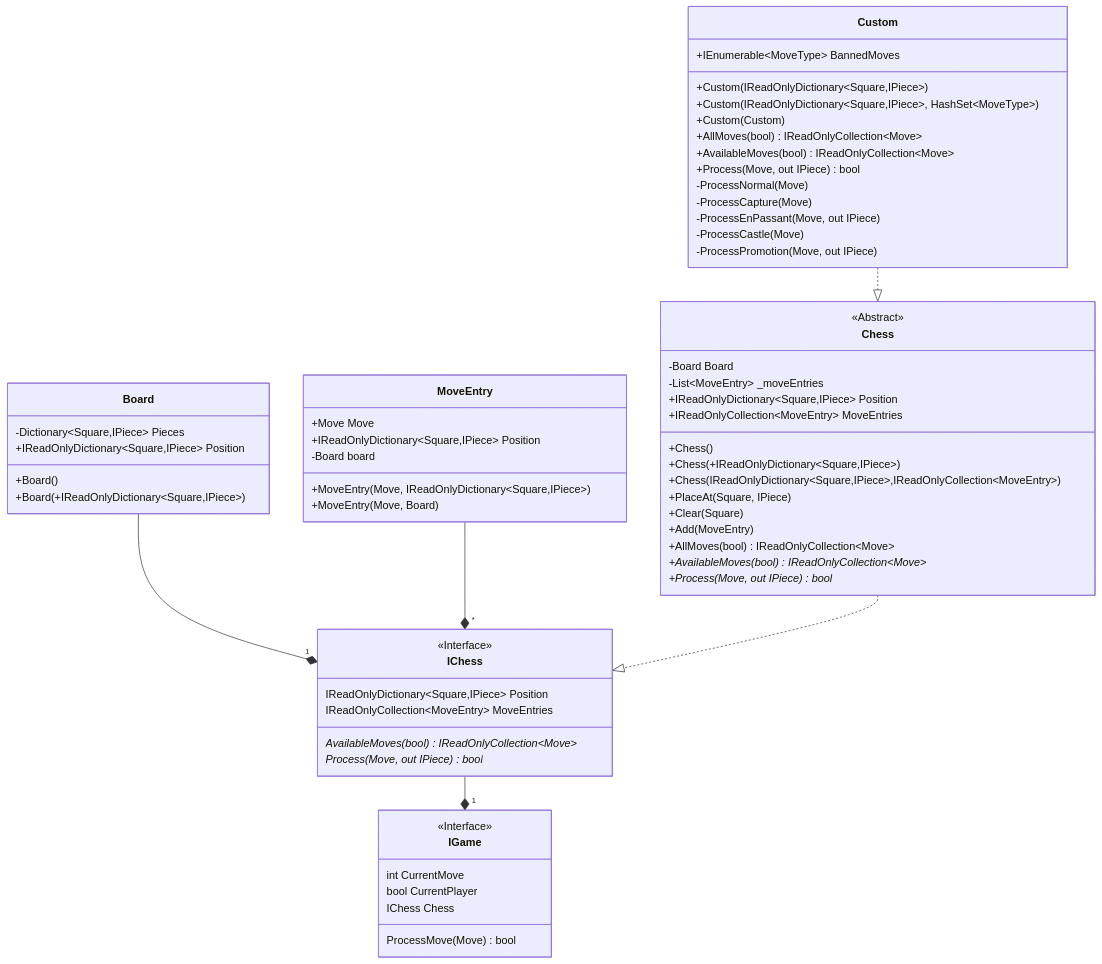
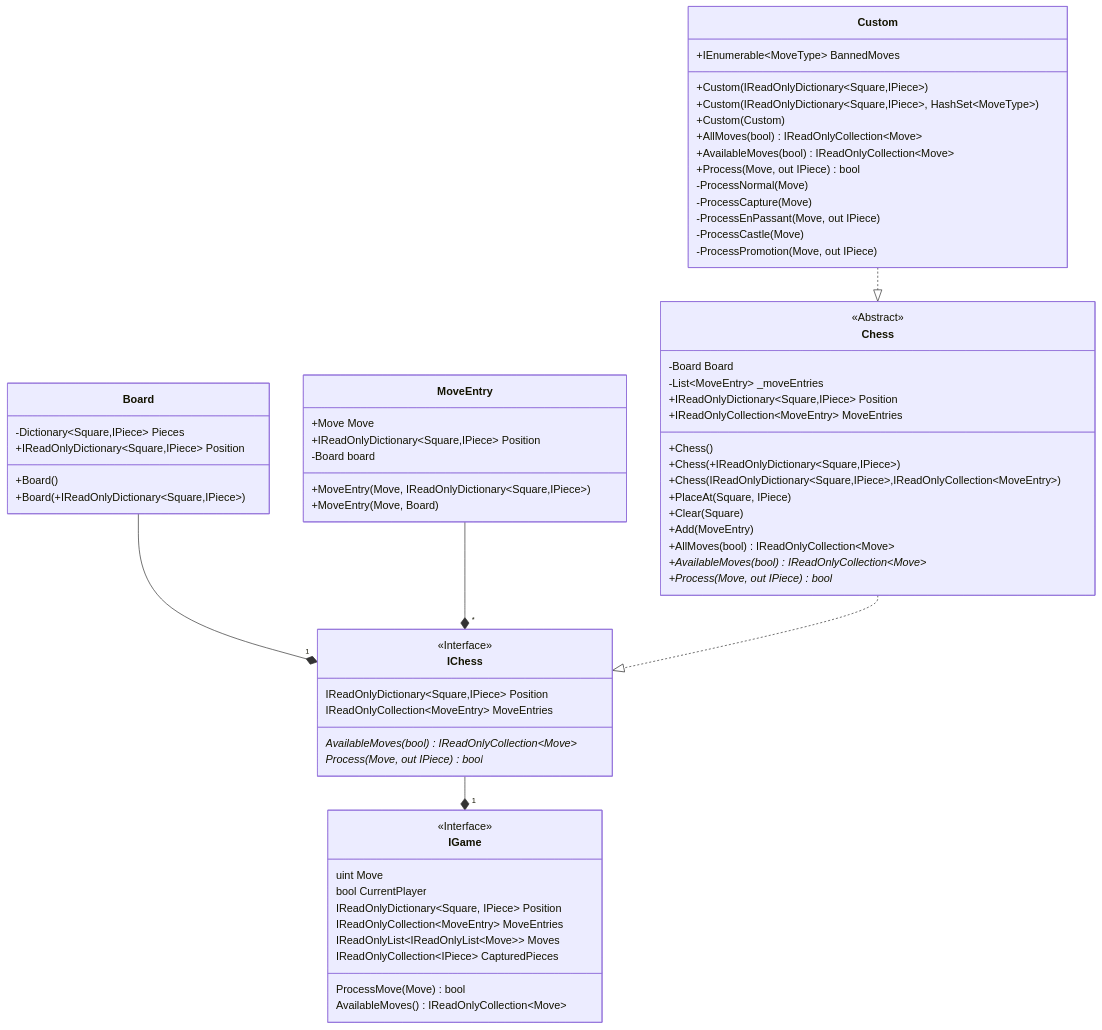
The diagram in UML Diagram/Core/Chess.md (JeanLColombo/Mate), drawn with Mermaid before and after one commit. The commit also changed 7 other files, not shown here.

````diff
--- a/UML Diagram/Core/Chess.md
+++ b/UML Diagram/Core/Chess.md
@@ -1,65 +1,69 @@
 ```mermaid
     classDiagram
     class IChess{
         <<Interface>>
         IReadOnlyDictionary~Square,IPiece~ Position
         IReadOnlyCollection~MoveEntry~ MoveEntries
         AvailableMoves(bool)* IReadOnlyCollection~Move~
         Process(Move, out IPiece)* bool
     }
     class IGame{
         <<Interface>>
-        int CurrentMove
+        uint Move
         bool CurrentPlayer
-        IChess Chess
+        IReadOnlyDictionary~Square, IPiece~ Position
+        IReadOnlyCollection~MoveEntry~ MoveEntries
+        IReadOnlyList~IReadOnlyList~Move~~ Moves
+        IReadOnlyCollection~IPiece~ CapturedPieces
         ProcessMove(Move) bool
+        AvailableMoves() IReadOnlyCollection~Move~
     }
     class Chess{
         <<Abstract>>
         -Board Board
         -List~MoveEntry~ _moveEntries
         +IReadOnlyDictionary~Square,IPiece~ Position
         +IReadOnlyCollection~MoveEntry~ MoveEntries
         +Chess()
         +Chess(+IReadOnlyDictionary~Square,IPiece~)
         +Chess(IReadOnlyDictionary~Square,IPiece~,IReadOnlyCollection~MoveEntry~)
         +PlaceAt(Square, IPiece) 
         +Clear(Square)
         +Add(MoveEntry) 
         +AllMoves(bool) IReadOnlyCollection~Move~
         +AvailableMoves(bool)* IReadOnlyCollection~Move~
         +Process(Move, out IPiece)* bool
     }
     class Board{
         -Dictionary~Square,IPiece~ Pieces
         +IReadOnlyDictionary~Square,IPiece~ Position 
         +Board()
         +Board(+IReadOnlyDictionary~Square,IPiece~)
     }
     class MoveEntry{
         +Move Move
         +IReadOnlyDictionary~Square,IPiece~ Position
         -Board board
         +MoveEntry(Move, IReadOnlyDictionary~Square,IPiece~)
         +MoveEntry(Move, Board)
     }
     class Custom{
         +IEnumerable~MoveType~ BannedMoves
         +Custom(IReadOnlyDictionary~Square,IPiece~)
         +Custom(IReadOnlyDictionary~Square,IPiece~, HashSet~MoveType~)
         +Custom(Custom)
         +AllMoves(bool) IReadOnlyCollection~Move~
         +AvailableMoves(bool) IReadOnlyCollection~Move~
         +Process(Move, out IPiece) bool
         -ProcessNormal(Move)
         -ProcessCapture(Move)
         -ProcessEnPassant(Move, out IPiece)
         -ProcessCastle(Move)
         -ProcessPromotion(Move, out IPiece)
     }
     Board --* "1" IChess
     MoveEntry --* "*" IChess
     Chess ..|> IChess
     IChess --* "1" IGame
     Custom ..|> Chess
 ```
````
